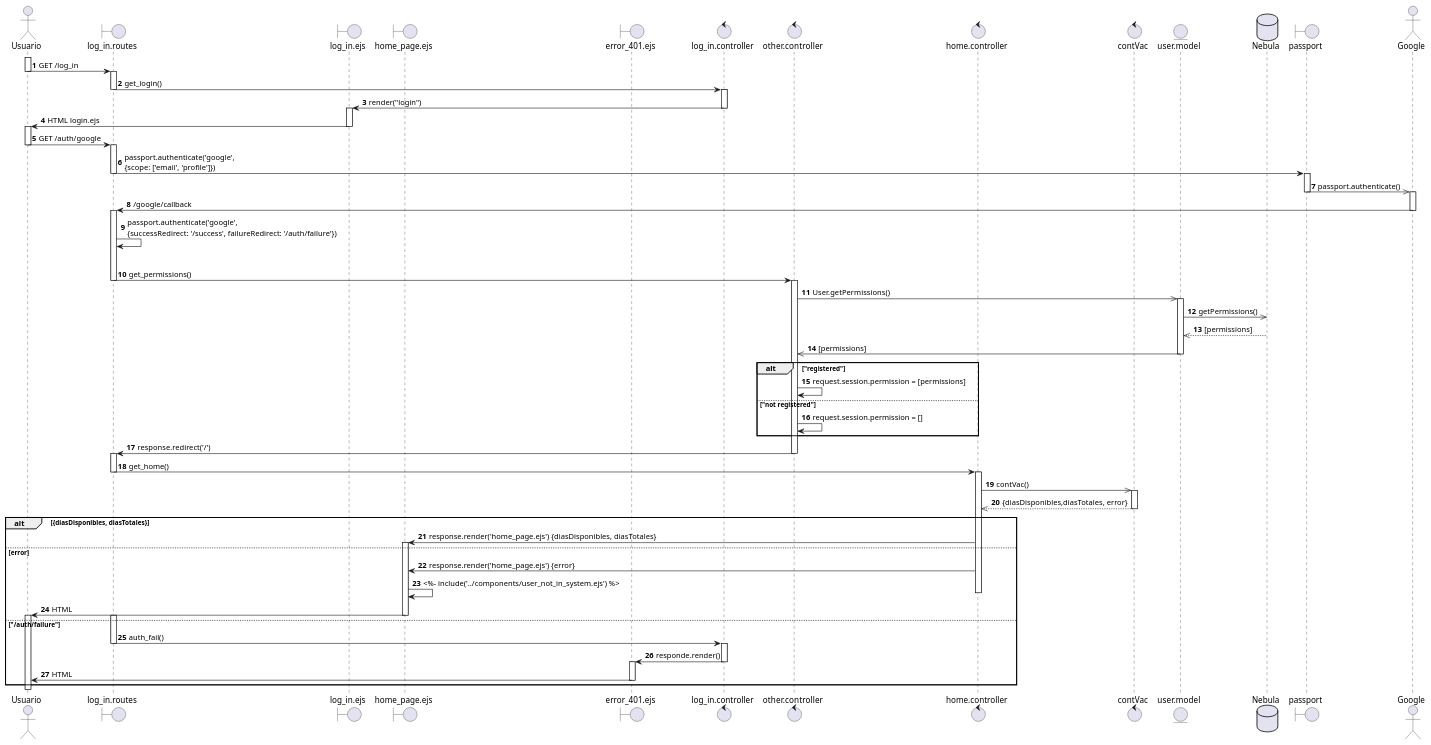
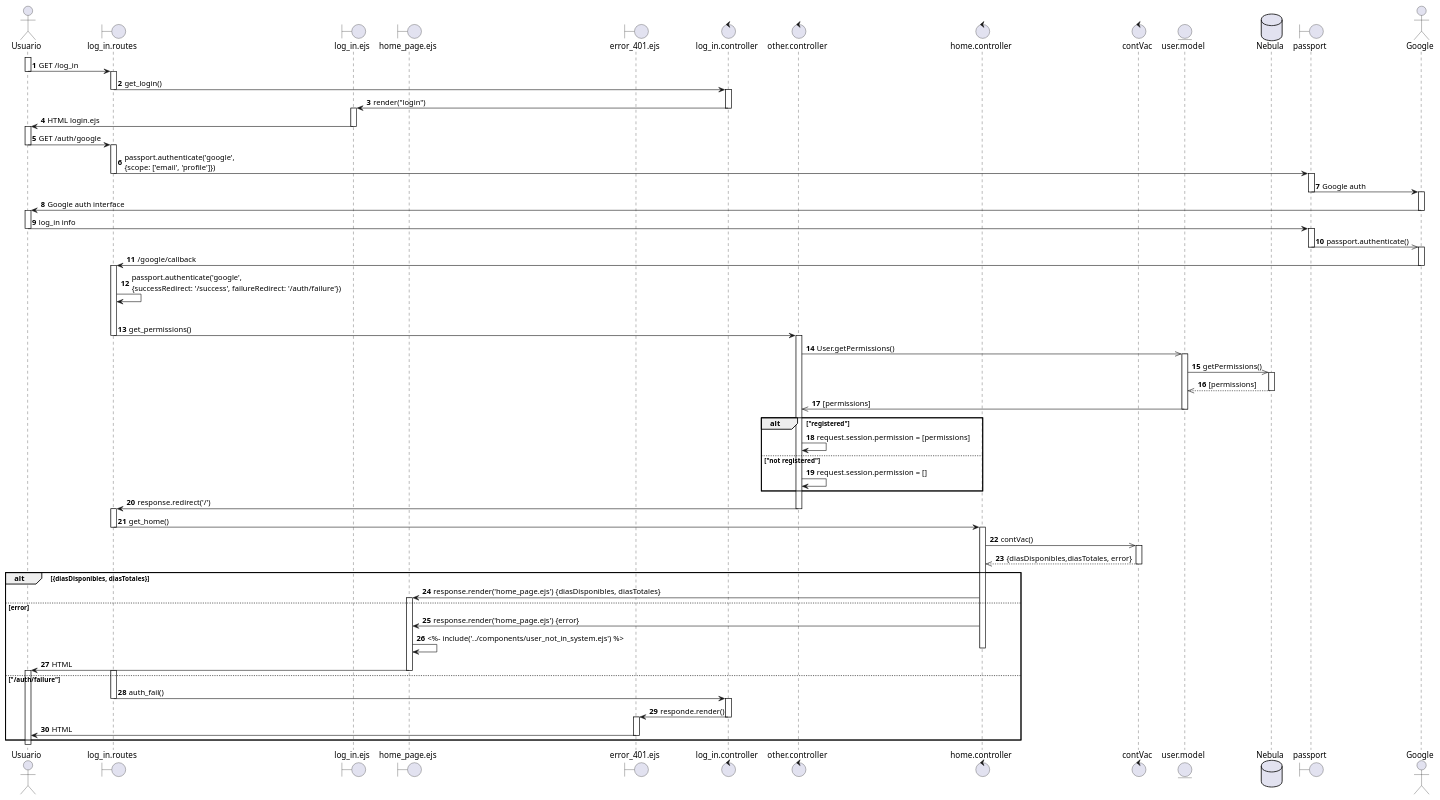
One commit to SALV19/Nebula_tc2005b changed the diagram in diagramas_secuencia/user_auth_google.puml. Above: the diagram before and after it, drawn with PlantUML.

Commit message:
[FIX] diagram

```diff
--- a/diagramas_secuencia/user_auth_google.puml
+++ b/diagramas_secuencia/user_auth_google.puml
@@ -1,95 +1,105 @@
 @startuml Prueba
 autonumber
 actor Usuario as u
 boundary log_in.routes as lgr
 boundary log_in.ejs as lge
 boundary home_page.ejs as h
 boundary error_401.ejs as 401
 control log_in.controller as lgc
 control other.controller as oc
 control home.controller as hc
 control contVac as cV
 entity user.model as um
 database Nebula as db
 boundary passport
 actor Google
 
 activate u
 u -> lgr : GET /log_in
 deactivate u
 
 activate lgr
 lgr -> lgc : get_login()
 deactivate lgr
 activate lgc
 lgc -> lge : render("login")
 deactivate lgc
 activate lge
 lge -> u : HTML login.ejs
 deactivate lge 
 
 activate u
 u -> lgr : GET /auth/google 
 deactivate u
 
 activate lgr
 lgr -> passport : passport.authenticate('google', \n{scope: ['email', 'profile']})
 deactivate lgr
 activate passport
+passport -> Google : Google auth
+deactivate passport
+activate Google
+Google -> u : Google auth interface
+deactivate Google
+activate u
+u -> passport : log_in info
+deactivate u
+activate passport
 passport ->> Google : passport.authenticate()
 deactivate passport
 activate Google
 Google -> lgr : /google/callback
 deactivate Google
 activate lgr
 lgr -> lgr : passport.authenticate('google', \n{successRedirect: '/success', failureRedirect: '/auth/failure'})
 alt "/success"
   lgr -> oc : get_permissions()
   deactivate lgr
   activate oc
   oc ->> um : User.getPermissions()
   activate um
   um ->> db : getPermissions()
+  activate db
   db -->> um : [permissions]
   deactivate db
   um ->> oc : [permissions]
   deactivate um
   alt "registered"
     oc -> oc : request.session.permission = [permissions]
   else "not registered"
     oc -> oc : request.session.permission = []
   end
   oc -> lgr : response.redirect('/')
   deactivate oc
   activate lgr 
   lgr -> hc : get_home()
   deactivate lgr
   activate hc
   hc ->> cV : contVac()
   activate cV
   cV -->> hc : {diasDisponibles,diasTotales, error}
   deactivate cV
   alt {diasDisponibles, diasTotales}
     hc -> h : response.render('home_page.ejs') {diasDisponibles, diasTotales}
     activate h
   else error
     hc -> h : response.render('home_page.ejs') {error}
     h -> h : <%- include('../components/user_not_in_system.ejs') %>
   deactivate hc
   
   h -> u : HTML
   deactivate h
   activate u
 else "/auth/failure"
   activate lgr
   lgr -> lgc : auth_fail()
   deactivate lgr
   activate lgc
   lgc -> 401 : responde.render()
   deactivate lgc
   activate 401
   401 -> u : HTML
   deactivate 401
 end
 
 @enduml
```
